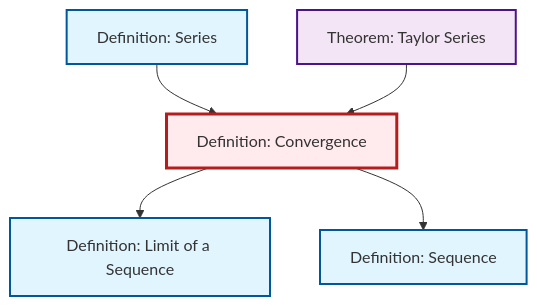
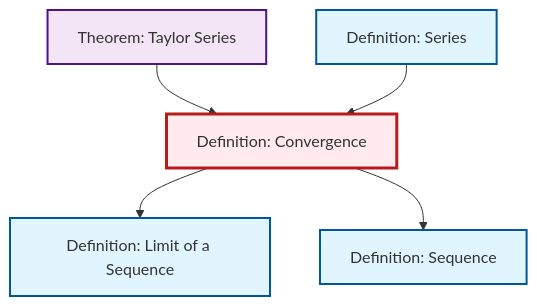
One commit to RK0429/ModernMath changed the diagram in content/en/analysis/def-convergence.qmd. Above: the diagram before and after it, drawn with Mermaid. The commit also changed other lines of this file and 634 other files, not shown here.

````diff
--- a/content/en/analysis/def-convergence.qmd
+++ b/content/en/analysis/def-convergence.qmd
@@ -79,23 +79,23 @@
 ```{mermaid}
 %%| fig-cap: "Local dependency graph"
 graph TD
     classDef definition fill:#e1f5fe,stroke:#01579b,stroke-width:2px
     classDef theorem fill:#f3e5f5,stroke:#4a148c,stroke-width:2px
     classDef axiom fill:#fff3e0,stroke:#e65100,stroke-width:2px
     classDef example fill:#e8f5e9,stroke:#1b5e20,stroke-width:2px
     classDef current fill:#ffebee,stroke:#b71c1c,stroke-width:3px
     def-convergence["Definition: Convergence"]:::definition
-    thm-taylor-series["Theorem: Taylor Series"]:::theorem
     def-sequence["Definition: Sequence"]:::definition
     def-series["Definition: Series"]:::definition
     def-limit["Definition: Limit of a Sequence"]:::definition
+    thm-taylor-series["Theorem: Taylor Series"]:::theorem
+    def-convergence --> def-limit
+    def-convergence --> def-sequence
+    thm-taylor-series --> def-convergence
     def-series --> def-convergence
-    def-convergence --> def-limit
-    thm-taylor-series --> def-convergence
-    def-convergence --> def-sequence
     class def-convergence current
-    click thm-taylor-series "thm-taylor-series.html" "Go to Taylor Series theorem"
     click def-sequence "def-sequence.html" "Go to Sequence definition"
     click def-series "def-series.html" "Go to Series definition"
     click def-limit "def-limit.html" "Go to Limit of a Sequence definition"
+    click thm-taylor-series "thm-taylor-series.html" "Go to Taylor Series theorem"
 ```
````
